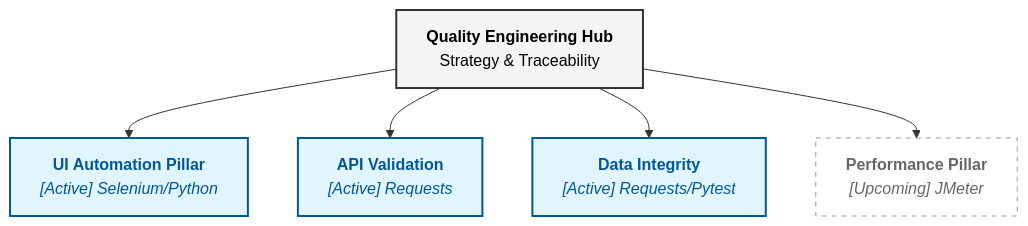
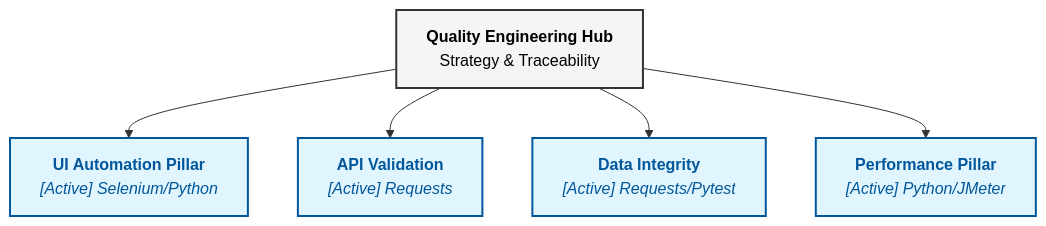
Before and after one commit to SrinivasaraoThata/claims-qa-suite: the diagram in README.md, drawn with Mermaid. The commit also changed other lines of this file and 1 other file, not shown here.

Commit message:
docs: mark Performance Pillar active, link claims-performance-testing

````diff
--- a/README.md
+++ b/README.md
@@ -11,17 +11,16 @@
 ```mermaid
 graph TD
     hub["<b>Quality Engineering Hub</b><br/>Strategy & Traceability"]
     
     hub --> UI["<b>UI Automation Pillar</b><br/><i>[Active] Selenium/Python</i>"]
     hub --> API["<b>API Validation</b><br/><i>[Active] Requests</i>"]
     hub --> DATA["<b>Data Integrity</b><br/><i>[Active] Requests/Pytest</i>"]
-    hub --> PERF["<b>Performance Pillar</b><br/><i>[Upcoming] JMeter</i>"]
+    hub --> PERF["<b>Performance Pillar</b><br/><i>[Active] Python/JMeter</i>"]
     
     classDef main fill:#f5f5f5,stroke:#333,stroke-width:2px,color:#000;
     classDef active fill:#e1f5fe,stroke:#01579b,stroke-width:2px,color:#01579b;
     classDef upcoming fill:#fff,stroke:#999,stroke-dasharray: 5 5,color:#666;
     
     class hub main;
-    class UI,API,DATA active;
-    class PERF upcoming;
+    class UI,API,DATA,PERF active;
 ```
````
